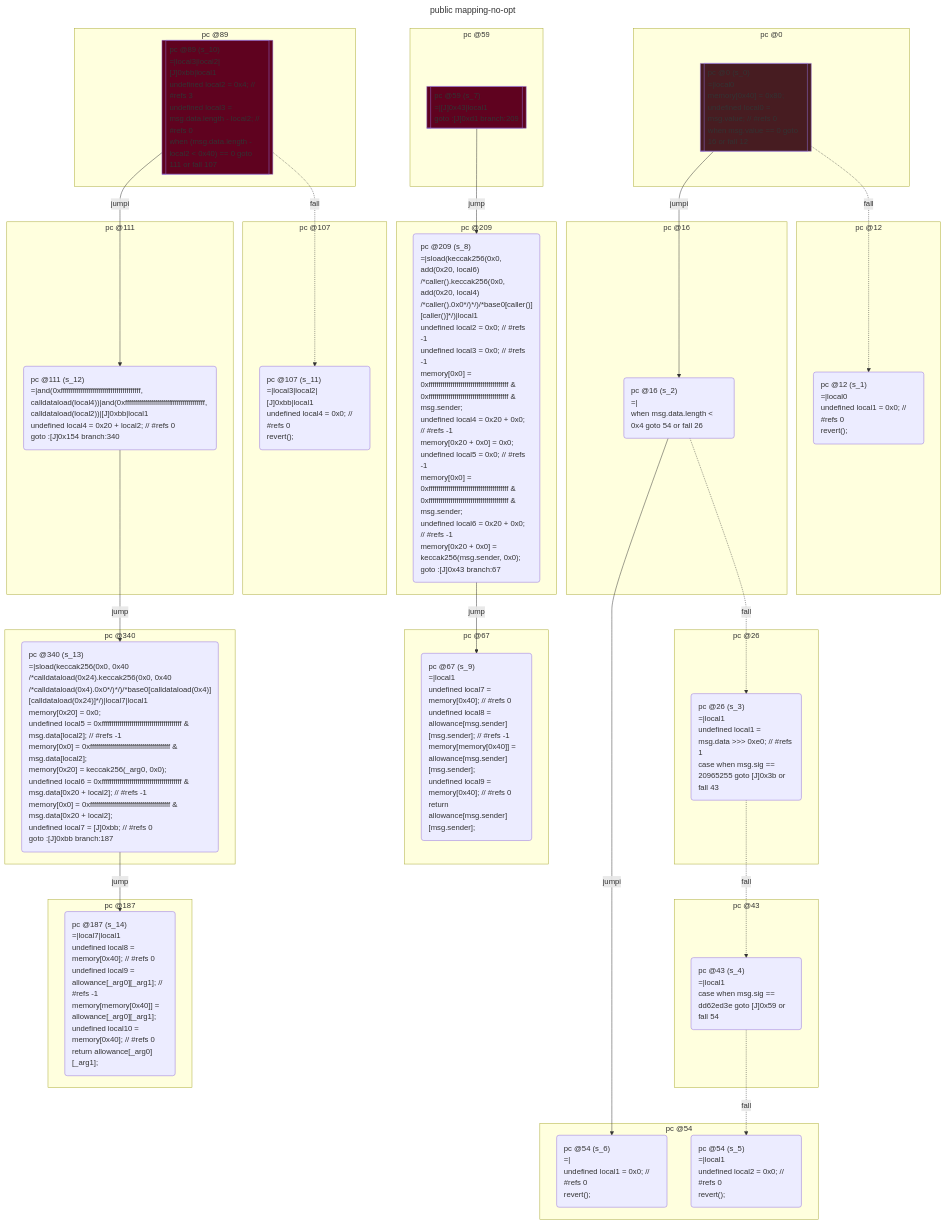
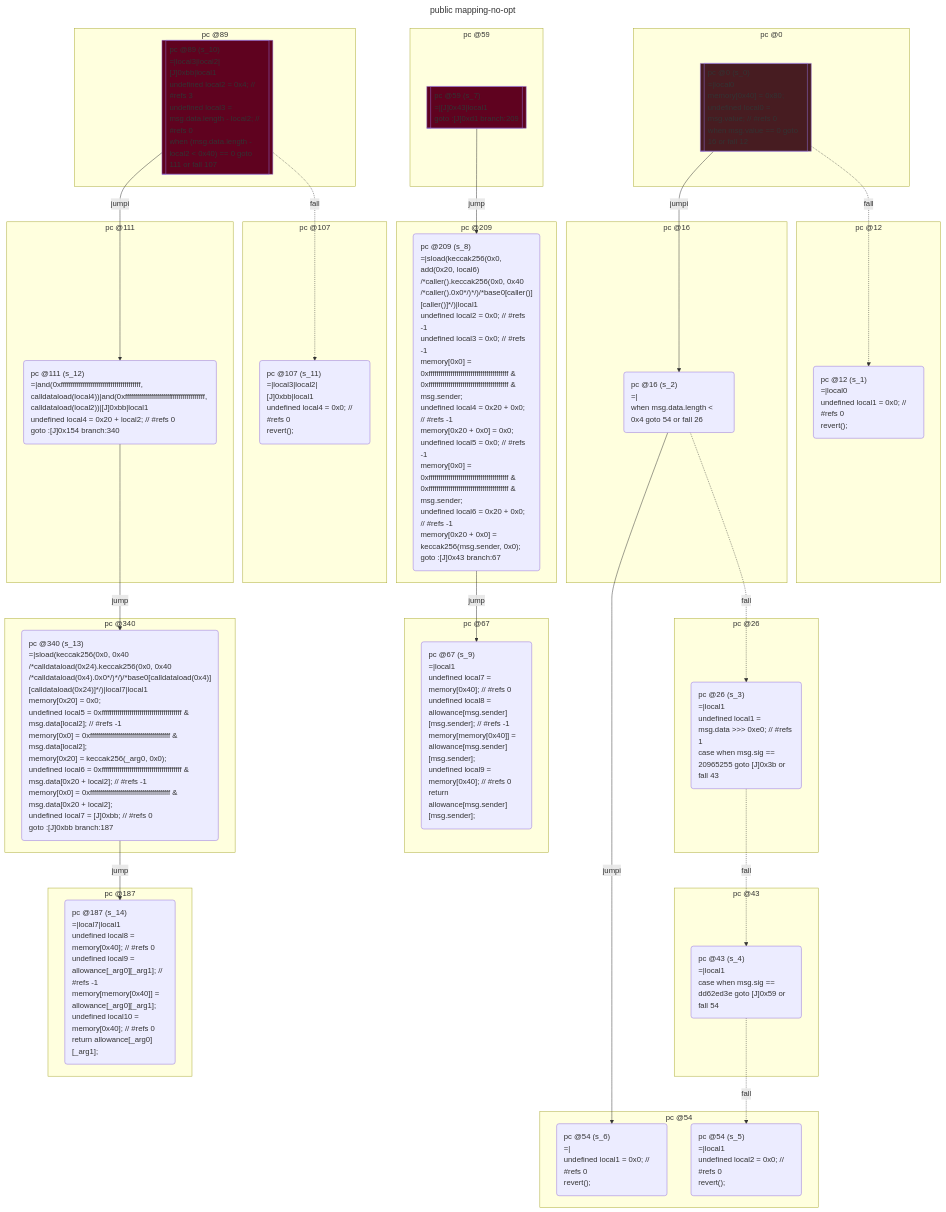
One commit to acuarica/evm changed the first of 2 diagrams in test/__snapshots__/contracts/mappings/public-mapping.snap.md. Above: the diagram before and after it, drawn with Mermaid. The commit also changed other lines of this file and 6 other files, not shown here.

```diff
--- a/test/__snapshots__/contracts/mappings/public-mapping.snap.md
+++ b/test/__snapshots__/contracts/mappings/public-mapping.snap.md
@@ -173,7 +173,7 @@
   end
   subgraph cluster_209 ["pc @209"]
     s_8("pc @209 (s_8)
-=|sload(keccak256(0x0, add(0x20, local6) /*caller().keccak256(0x0, add(0x20, local4) /*caller().0x0*/)*/)/*base0[caller()][caller()]*/)|local1
+=|sload(keccak256(0x0, add(0x20, local6) /*caller().keccak256(0x0, 0x40 /*caller().0x0*/)*/)/*base0[caller()][caller()]*/)|local1
 undefined local2 = 0x0; // #refs -1
 undefined local3 = 0x0; // #refs -1
 memory[0x0] = 0xffffffffffffffffffffffffffffffffffffffff & 0xffffffffffffffffffffffffffffffffffffffff & msg.sender;
```
